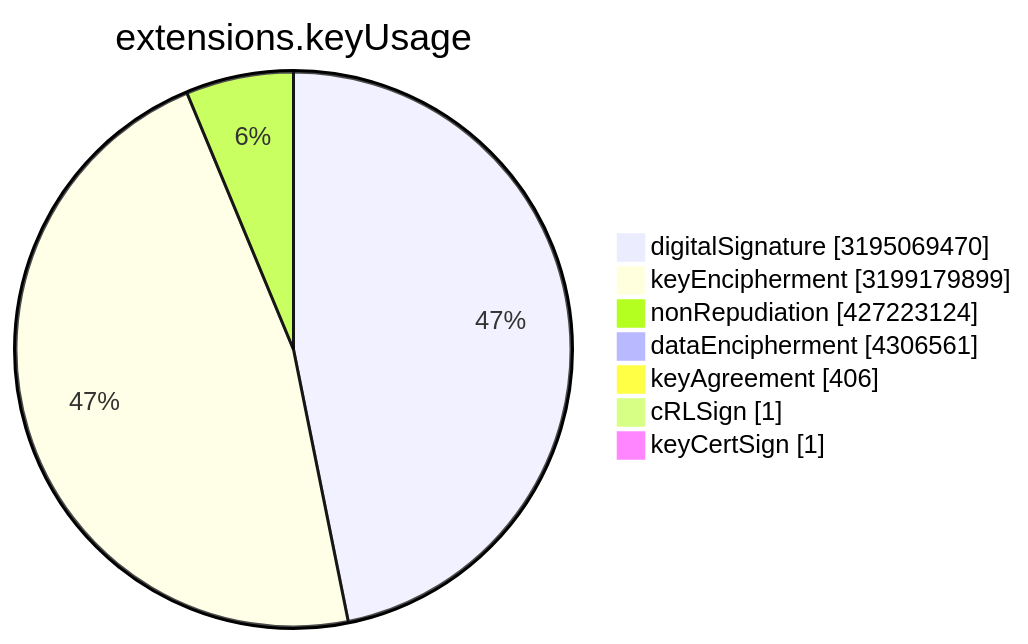
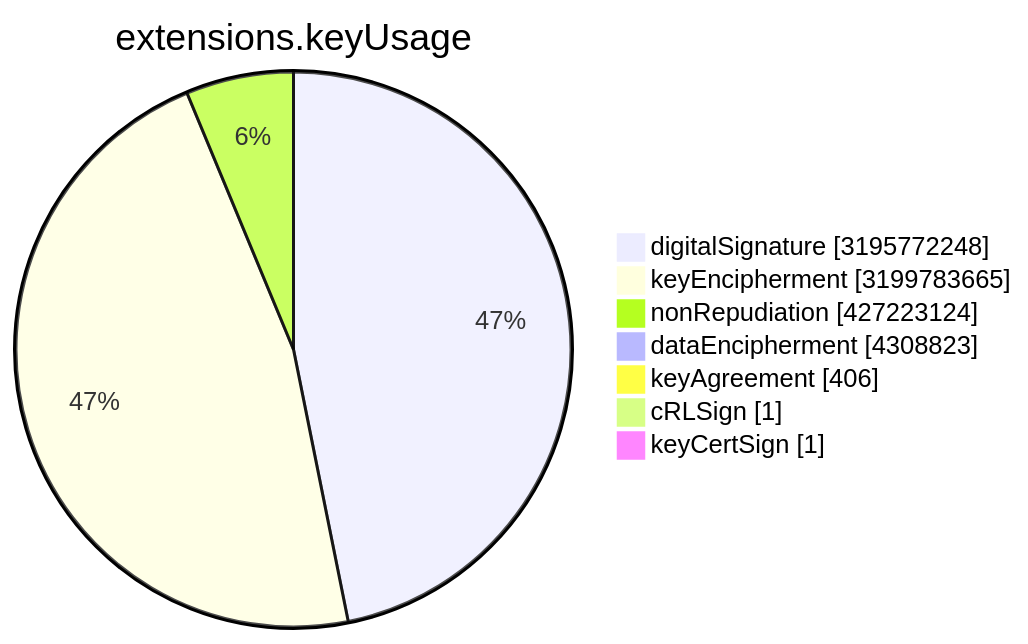
One commit to christiankrug/ctmonitor_visualization changed the sixth of 15 diagrams in TOTAL/README.md. Above: the diagram before and after it, drawn with Mermaid. The commit also changed other lines of this file, not shown here.

````diff
--- a/TOTAL/README.md
+++ b/TOTAL/README.md
@@ -3077,11 +3077,11 @@
 ```mermaid
 pie showData
 title extensions.keyUsage
-"digitalSignature" :3195069470
-"keyEncipherment" :3199179899
+"digitalSignature" :3195772248
+"keyEncipherment" :3199783665
 "nonRepudiation" :427223124
-"dataEncipherment" :4306561
+"dataEncipherment" :4308823
 "keyAgreement" :406
 "cRLSign" :1
 "keyCertSign" :1
 ```
````
